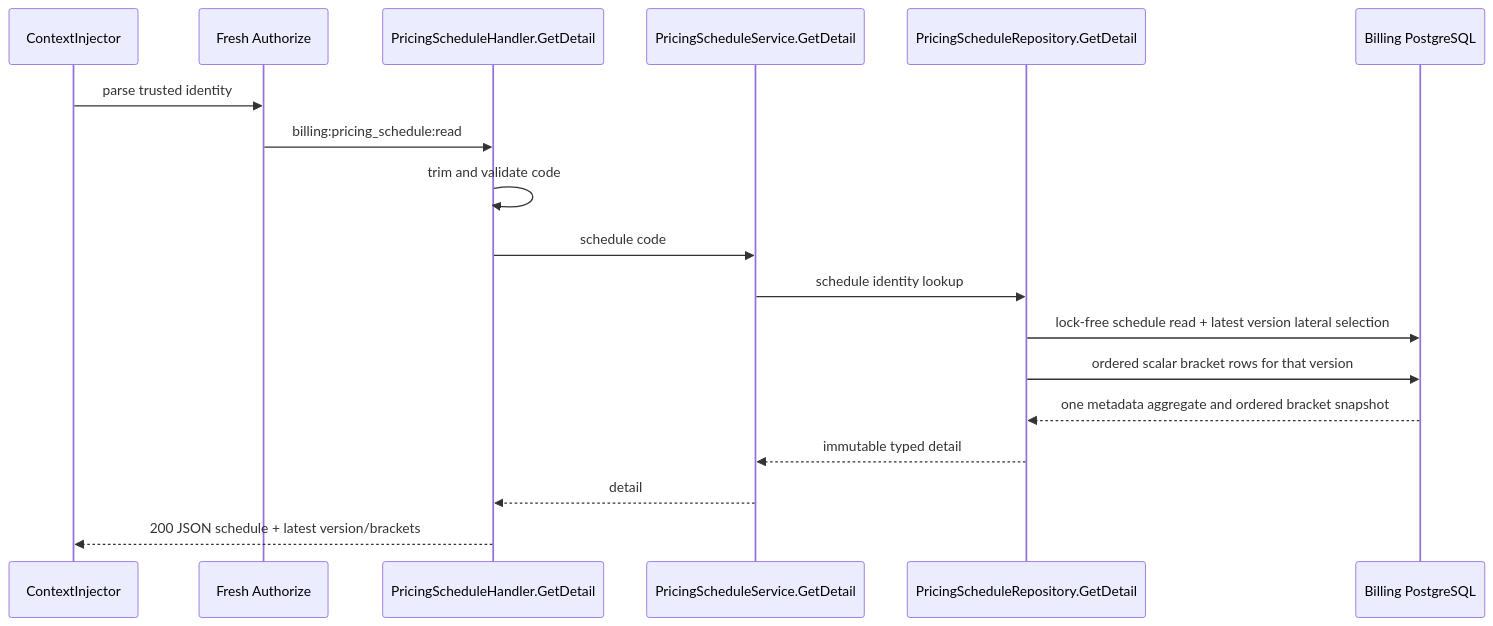
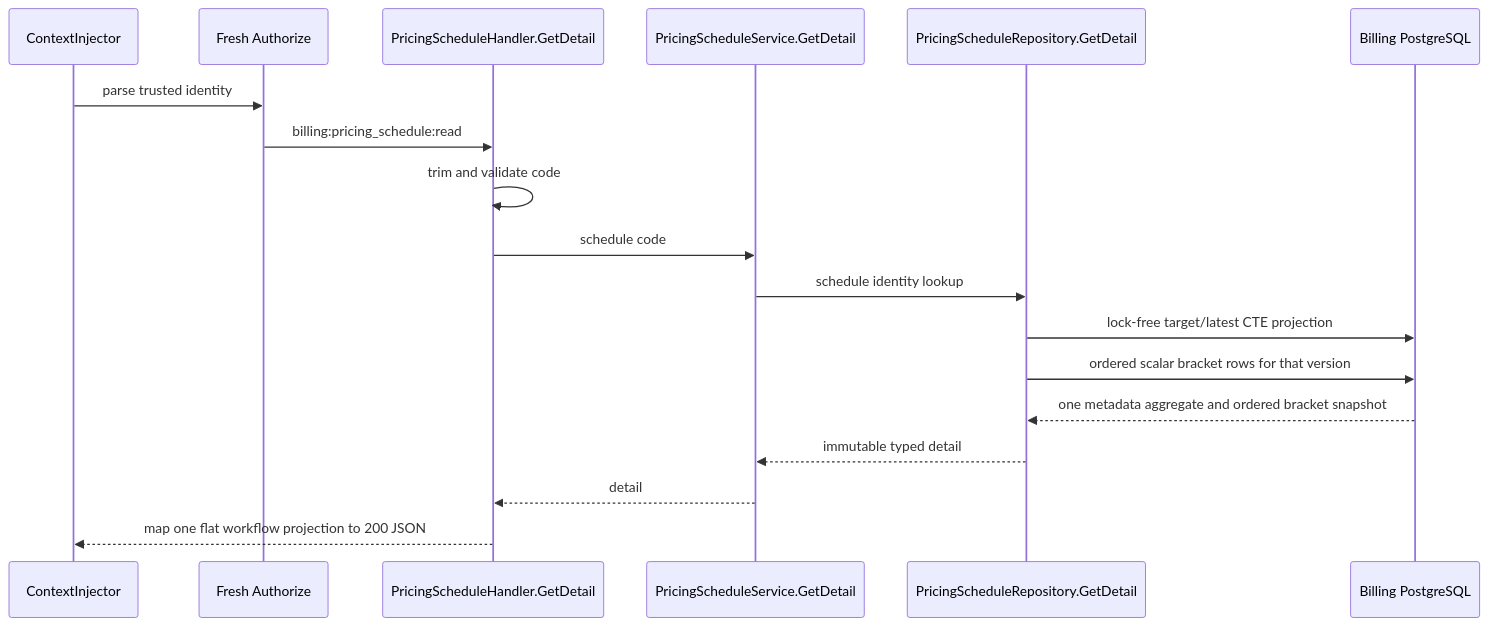
Before and after one commit to phucle996/aurora: the second of 2 diagrams in god_view/billing/billing_pricing_schedule_detail_god_view.md, drawn with Mermaid. The commit also changed other lines of this file and 139 other files, not shown here.

````diff
--- a/god_view/billing/billing_pricing_schedule_detail_god_view.md
+++ b/god_view/billing/billing_pricing_schedule_detail_god_view.md
@@ -37,20 +38,20 @@
 ```mermaid
 sequenceDiagram
     participant CI as ContextInjector
     participant AU as Fresh Authorize
     participant H as PricingScheduleHandler.GetDetail
     participant S as PricingScheduleService.GetDetail
     participant R as PricingScheduleRepository.GetDetail
     participant DB as Billing PostgreSQL
     CI->>AU: parse trusted identity
     AU->>H: billing:pricing_schedule:read
     H->>H: trim and validate code
     H->>S: schedule code
     S->>R: schedule identity lookup
-    R->>DB: lock-free schedule read + latest version lateral selection
+    R->>DB: lock-free target/latest CTE projection
     R->>DB: ordered scalar bracket rows for that version
     DB-->>R: one metadata aggregate and ordered bracket snapshot
     R-->>S: immutable typed detail
     S-->>H: detail
-    H-->>CI: 200 JSON schedule + latest version/brackets
+    H-->>CI: map one flat workflow projection to 200 JSON
 ```
````
